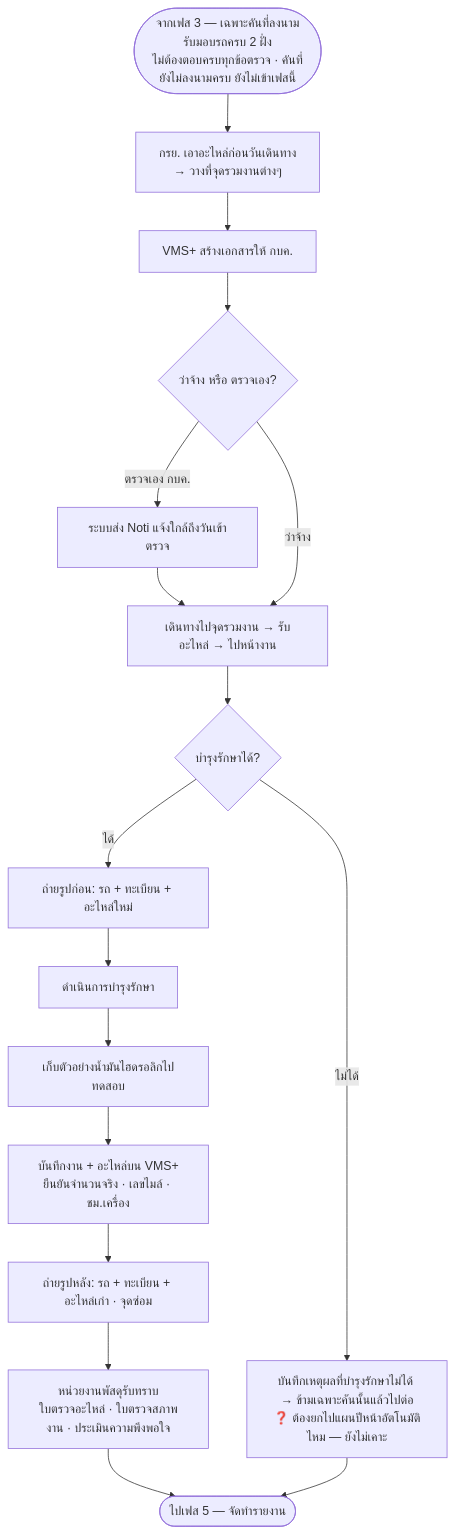
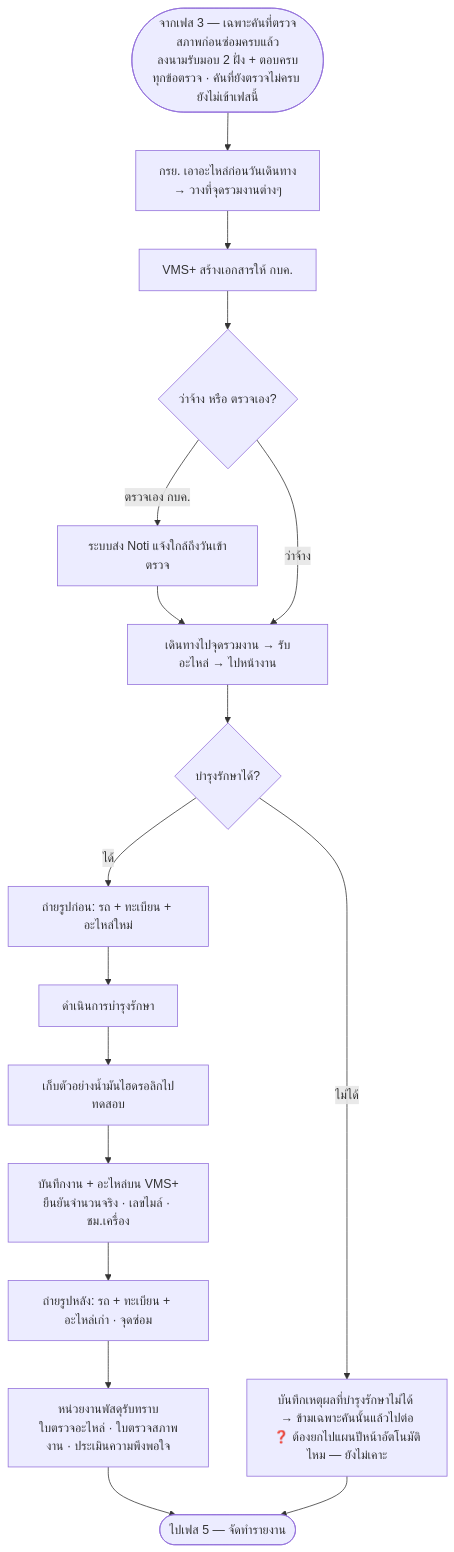
One commit to anugmail/Maintenance-Request-Form changed the diagram in Diagram/01-บำรุงรักษาตามวาระ/03-เฟส2-ดำเนินการบำรุงรักษา.md. Above: the diagram before and after it, drawn with Mermaid. The commit also changed other lines of this file and 13 other files, not shown here.

````diff
--- a/Diagram/01-บำรุงรักษาตามวาระ/03-เฟส2-ดำเนินการบำรุงรักษา.md
+++ b/Diagram/01-บำรุงรักษาตามวาระ/03-เฟส2-ดำเนินการบำรุงรักษา.md
@@ -25,19 +30,19 @@
 ```mermaid
 flowchart TB
-    S([จากเฟส 3 — เฉพาะคันที่ลงนามรับมอบรถครบ 2 ฝั่ง<br/>ไม่ต้องตอบครบทุกข้อตรวจ · คันที่ยังไม่ลงนามครบ ยังไม่เข้าเฟสนี้]) --> P[กรย. เอาอะไหล่ก่อนวันเดินทาง<br/>→ วางที่จุดรวมงานต่างๆ]
+    S([จากเฟส 3 — เฉพาะคันที่ตรวจสภาพก่อนซ่อมครบแล้ว<br/>ลงนามรับมอบ 2 ฝั่ง + ตอบครบทุกข้อตรวจ · คันที่ยังตรวจไม่ครบ ยังไม่เข้าเฟสนี้]) --> P[กรย. เอาอะไหล่ก่อนวันเดินทาง<br/>→ วางที่จุดรวมงานต่างๆ]
     P --> Q[VMS+ สร้างเอกสารให้ กบค.]
     Q --> D{ว่าจ้าง หรือ ตรวจเอง?}
     D -->|ตรวจเอง กบค.| N0[ระบบส่ง Noti แจ้งใกล้ถึงวันเข้าตรวจ]
     N0 --> R[เดินทางไปจุดรวมงาน → รับอะไหล่ → ไปหน้างาน]
     D -->|ว่าจ้าง| R
     R --> DEC{บำรุงรักษาได้?}
     DEC -->|ไม่ได้| X["บันทึกเหตุผลที่บำรุงรักษาไม่ได้ → ข้ามเฉพาะคันนั้นแล้วไปต่อ<br/>❓ ต้องยกไปแผนปีหน้าอัตโนมัติไหม — ยังไม่เคาะ"]
     DEC -->|ได้| C1[ถ่ายรูปก่อน: รถ + ทะเบียน + อะไหล่ใหม่]
     C1 --> C2[ดำเนินการบำรุงรักษา]
     C2 --> C3[เก็บตัวอย่างน้ำมันไฮดรอลิกไปทดสอบ]
     C3 --> C4[บันทึกงาน + อะไหล่บน VMS+<br/>ยืนยันจำนวนจริง · เลขไมล์ · ชม.เครื่อง]
     C4 --> C5[ถ่ายรูปหลัง: รถ + ทะเบียน + อะไหล่เก่า · จุดซ่อม]
     C5 --> C6[หน่วยงานพัสดุรับทราบ<br/>ใบตรวจอะไหล่ · ใบตรวจสภาพงาน · ประเมินความพึงพอใจ]
     C6 --> E([ไปเฟส 5 — จัดทำรายงาน])
     X --> E
 ```
````
